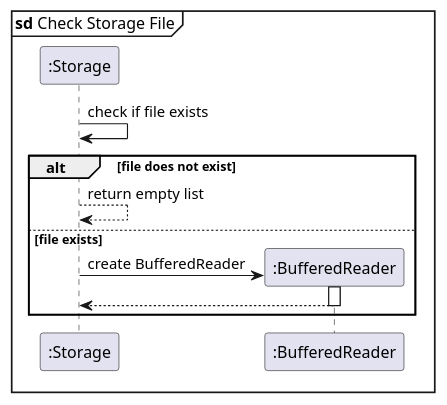
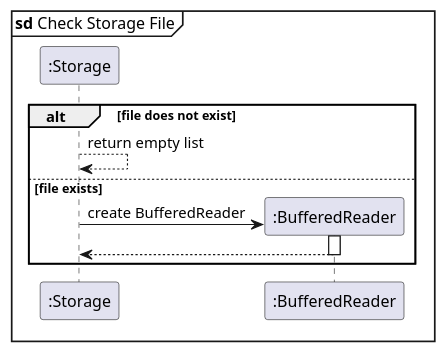
One commit to AY2526S1-CS2113-W14-4/tp changed the diagram in docs/diagrams/StorageLoadSD_A.puml. Above: the diagram before and after it, drawn with PlantUML. The commit also changed 6 other files, not shown here.

Commit message:
Update DG and UML

```diff
--- a/docs/diagrams/StorageLoadSD_A.puml
+++ b/docs/diagrams/StorageLoadSD_A.puml
@@ -1,17 +1,15 @@
 @startuml
 mainframe **sd** Check Storage File
 participant ":Storage" as S
-
-S -> S: check if file exists
 
 alt file does not exist
     S --> S: return empty list
 else file exists
     create ":BufferedReader" as BR
     S -> BR**: create BufferedReader
     activate BR
     BR --> S
     deactivate BR
 end
 
 @enduml
```
